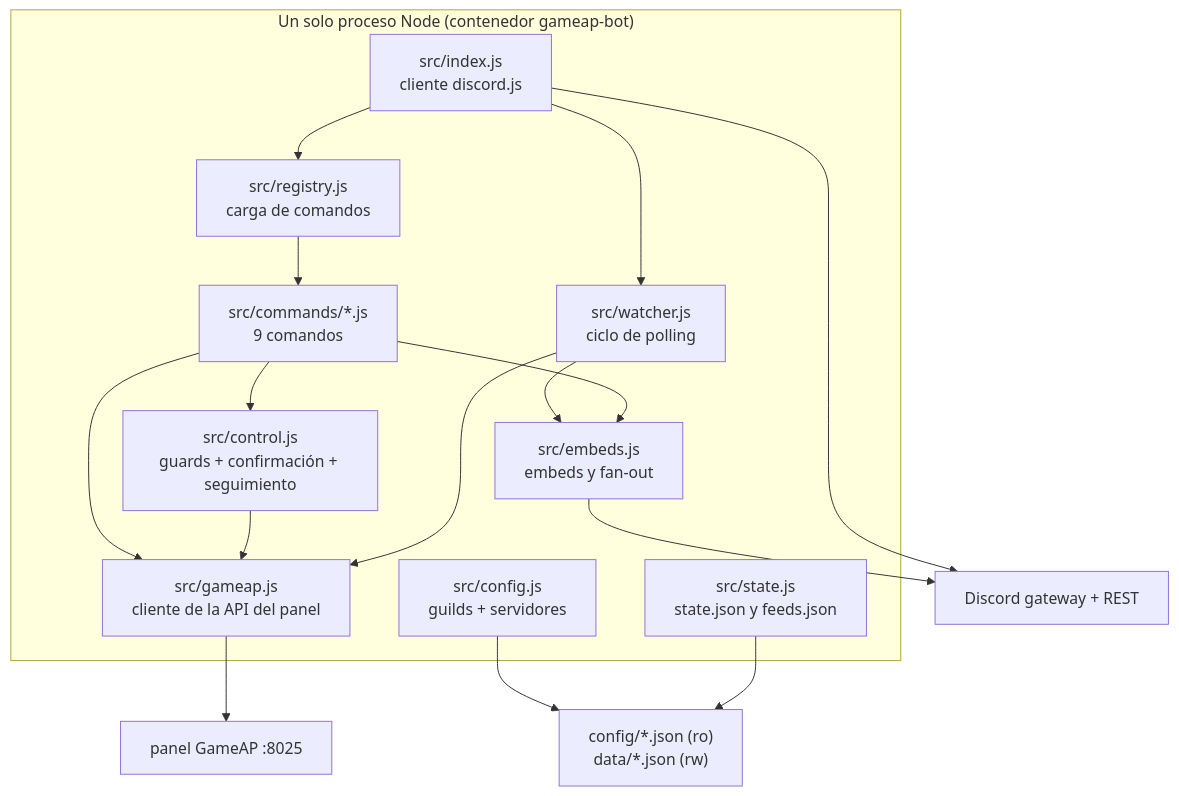
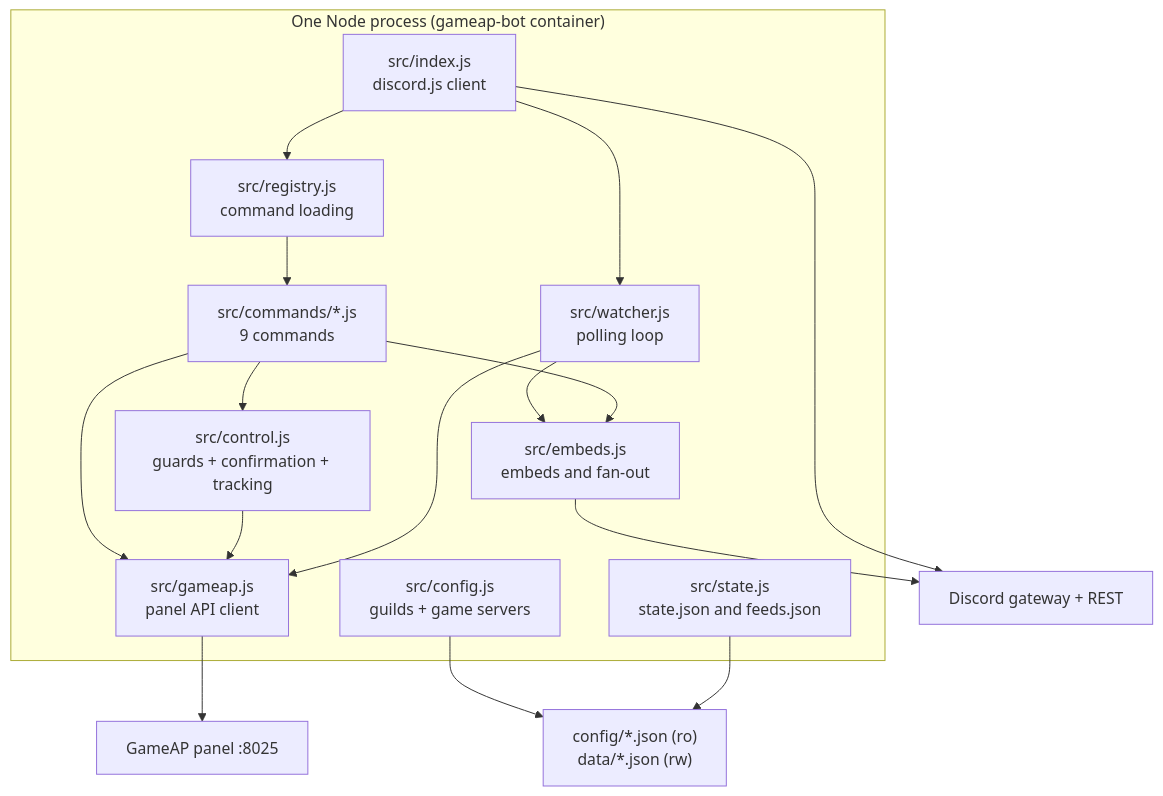
The first of 3 diagrams in docs/architecture.md (neyzerth/gameap-discord), drawn with Mermaid before and after one commit. The commit also changed other lines of this file and 37 other files, not shown here.

````diff
--- a/docs/architecture.md
+++ b/docs/architecture.md
@@ -5,31 +7,31 @@
 ```mermaid
 flowchart TB
-  subgraph PROC["Un solo proceso Node (contenedor gameap-bot)"]
-    IDX["src/index.js<br/>cliente discord.js"]
-    REG["src/registry.js<br/>carga de comandos"]
-    CMD["src/commands/*.js<br/>9 comandos"]
-    CTRL["src/control.js<br/>guards + confirmación + seguimiento"]
-    WATCH["src/watcher.js<br/>ciclo de polling"]
-    CFG["src/config.js<br/>guilds + servidores"]
-    STATE["src/state.js<br/>state.json y feeds.json"]
-    GA["src/gameap.js<br/>cliente de la API del panel"]
-    EMB["src/embeds.js<br/>embeds y fan-out"]
+  subgraph PROC["One Node process (gameap-bot container)"]
+    IDX["src/index.js<br/>discord.js client"]
+    REG["src/registry.js<br/>command loading"]
+    CMD["src/commands/*.js<br/>9 commands"]
+    CTRL["src/control.js<br/>guards + confirmation + tracking"]
+    WATCH["src/watcher.js<br/>polling loop"]
+    CFG["src/config.js<br/>guilds + game servers"]
+    STATE["src/state.js<br/>state.json and feeds.json"]
+    GA["src/gameap.js<br/>panel API client"]
+    EMB["src/embeds.js<br/>embeds and fan-out"]
   end
 
-  PANEL["panel GameAP :8025"]
+  PANEL["GameAP panel :8025"]
   DISC["Discord gateway + REST"]
   FILES["config/*.json (ro)<br/>data/*.json (rw)"]
 
   IDX --> REG --> CMD --> CTRL
   IDX --> WATCH
   CMD --> GA
   CTRL --> GA
   WATCH --> GA
   WATCH --> EMB
   EMB --> DISC
   CMD --> EMB
   IDX --> DISC
   CFG --> FILES
   STATE --> FILES
   GA --> PANEL
 ```
````
